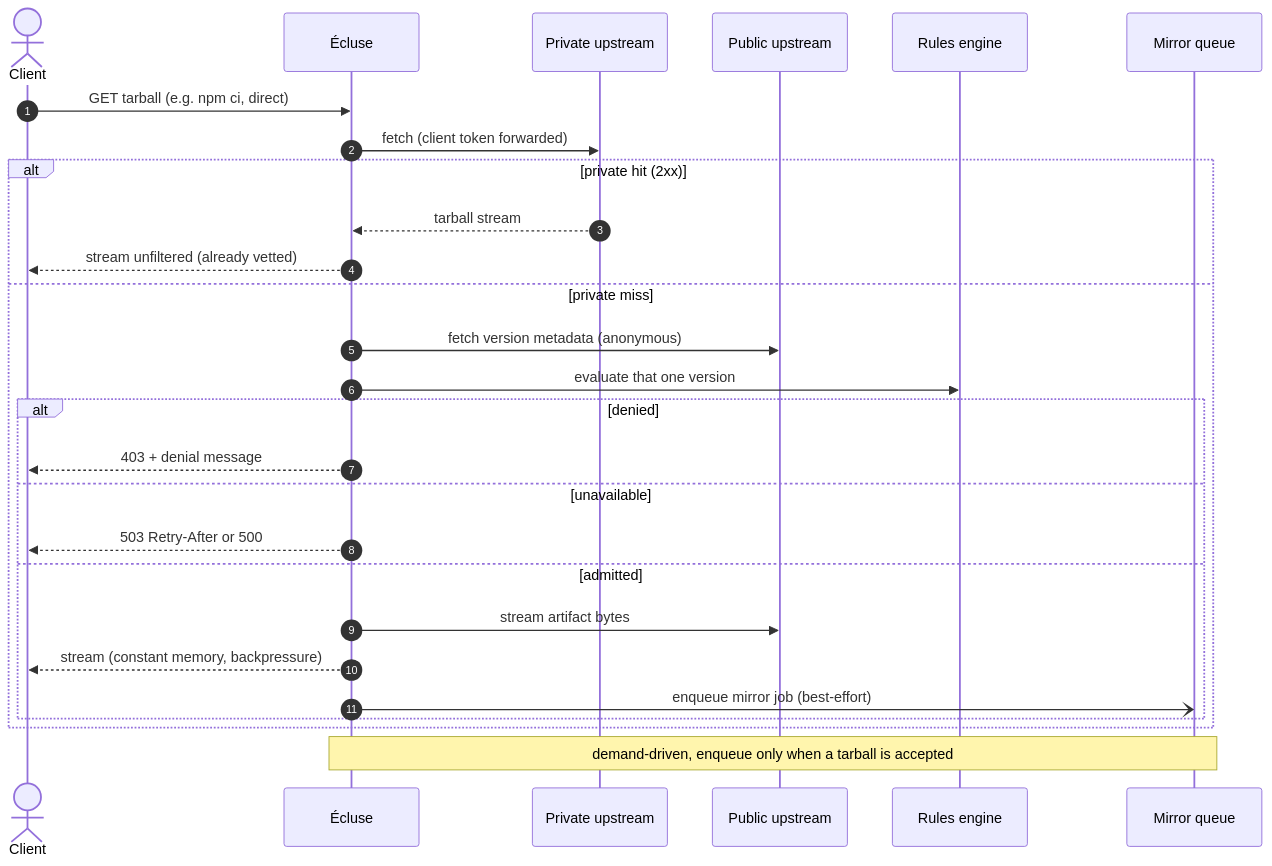
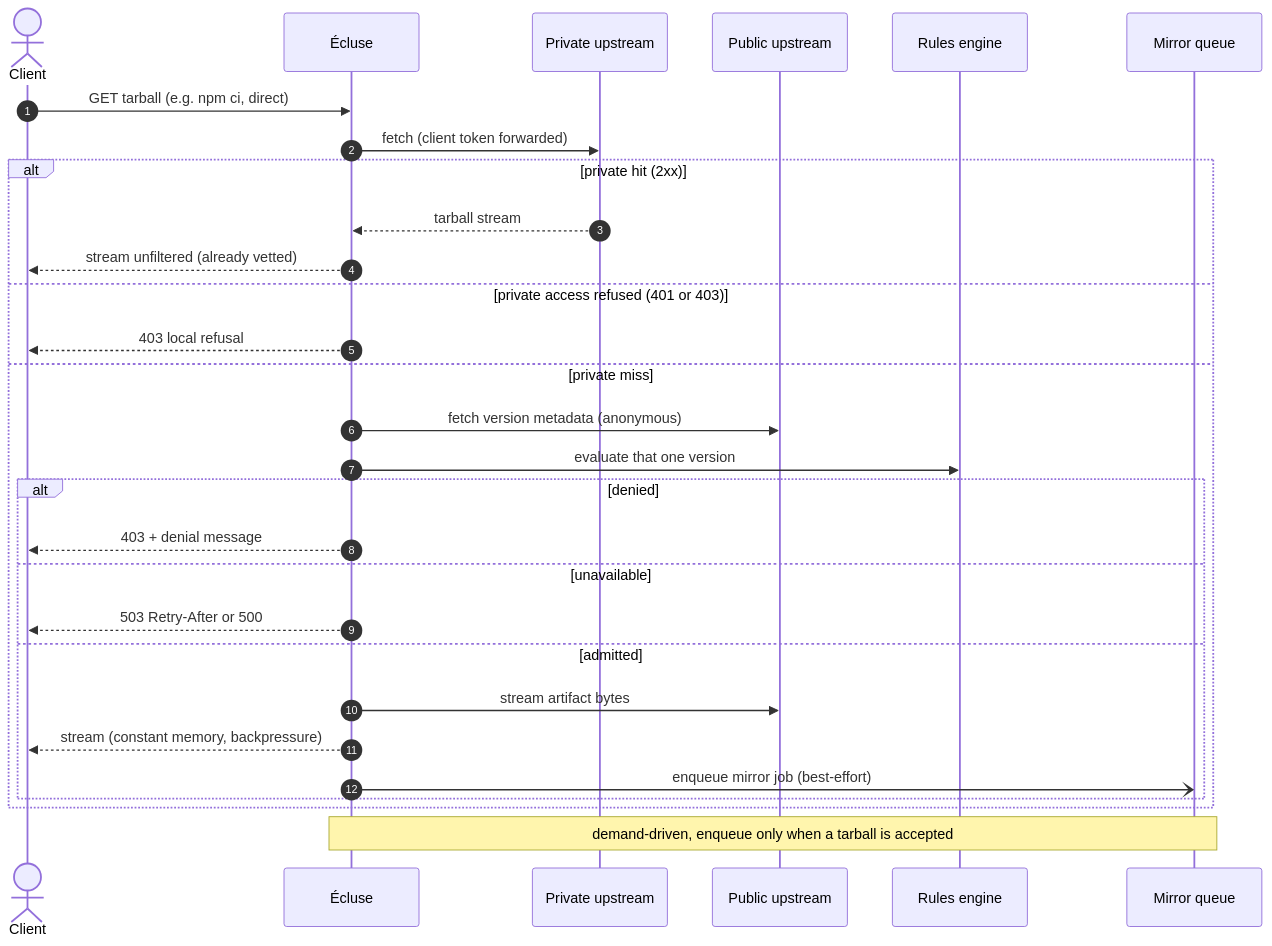
One commit to AlexaDeWit/npm-secure-proxy changed the second of 3 diagrams in docs/architecture/registry-model.md. Above: the diagram before and after it, drawn with Mermaid. The commit also changed other lines of this file and 28 other files, not shown here.

````diff
--- a/docs/architecture/registry-model.md
+++ b/docs/architecture/registry-model.md
@@ -167,30 +169,32 @@
 ```mermaid
 sequenceDiagram
     autonumber
     actor Client
     participant E as Écluse
     participant Priv as Private upstream
     participant Pub as Public upstream
     participant Rules as Rules engine
     participant Queue as Mirror queue
 
     Client->>E: GET tarball (e.g. npm ci, direct)
     E->>Priv: fetch (client token forwarded)
     alt private hit (2xx)
         Priv-->>E: tarball stream
         E-->>Client: stream unfiltered (already vetted)
+    else private access refused (401 or 403)
+        E-->>Client: 403 local refusal
     else private miss
         E->>Pub: fetch version metadata (anonymous)
         E->>Rules: evaluate that one version
         alt denied
             E-->>Client: 403 + denial message
         else unavailable
             E-->>Client: 503 Retry-After or 500
         else admitted
             E->>Pub: stream artifact bytes
             E-->>Client: stream (constant memory, backpressure)
             E-)Queue: enqueue mirror job (best-effort)
         end
     end
     Note over E,Queue: demand-driven, enqueue only when a tarball is accepted
 ```
````
